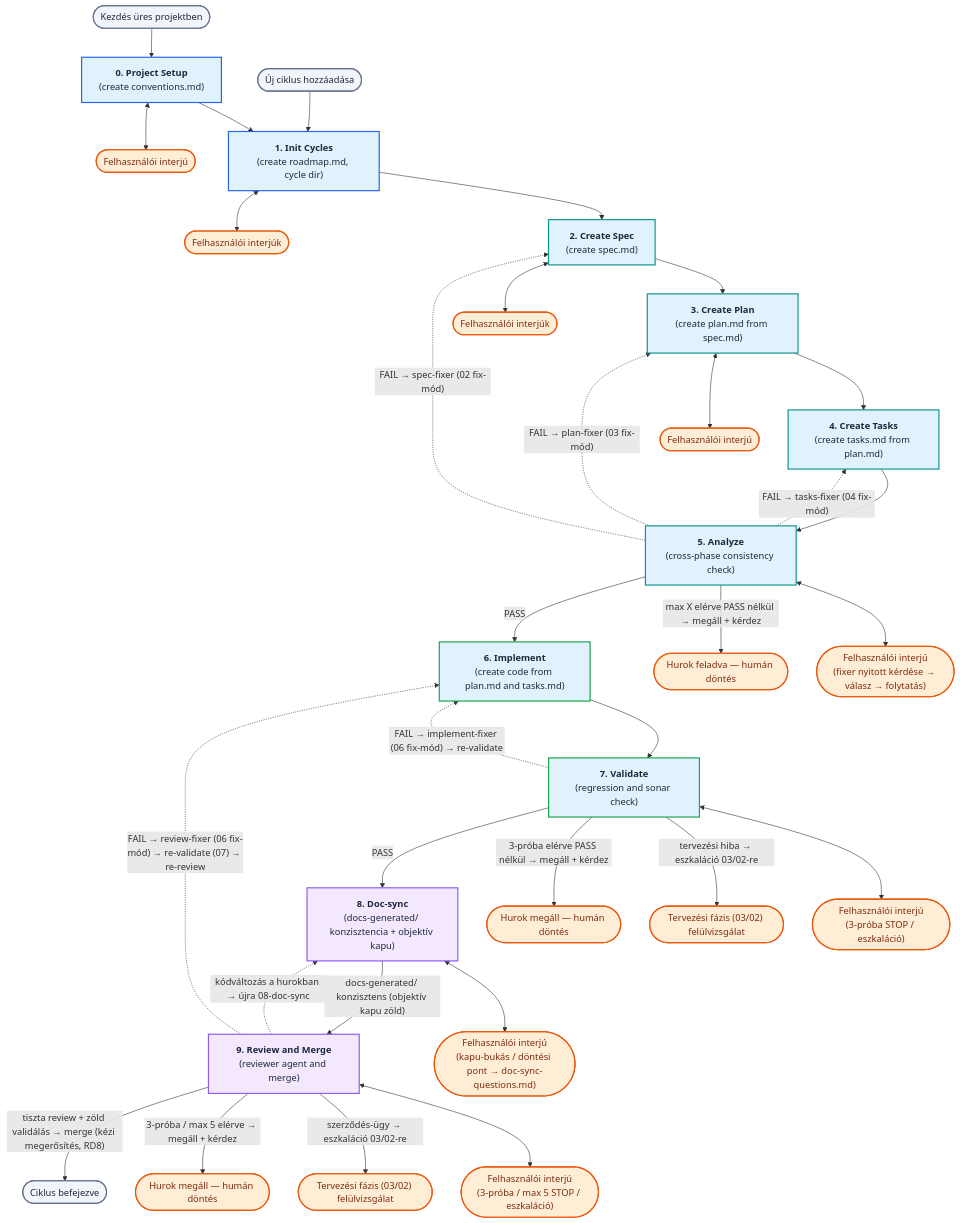
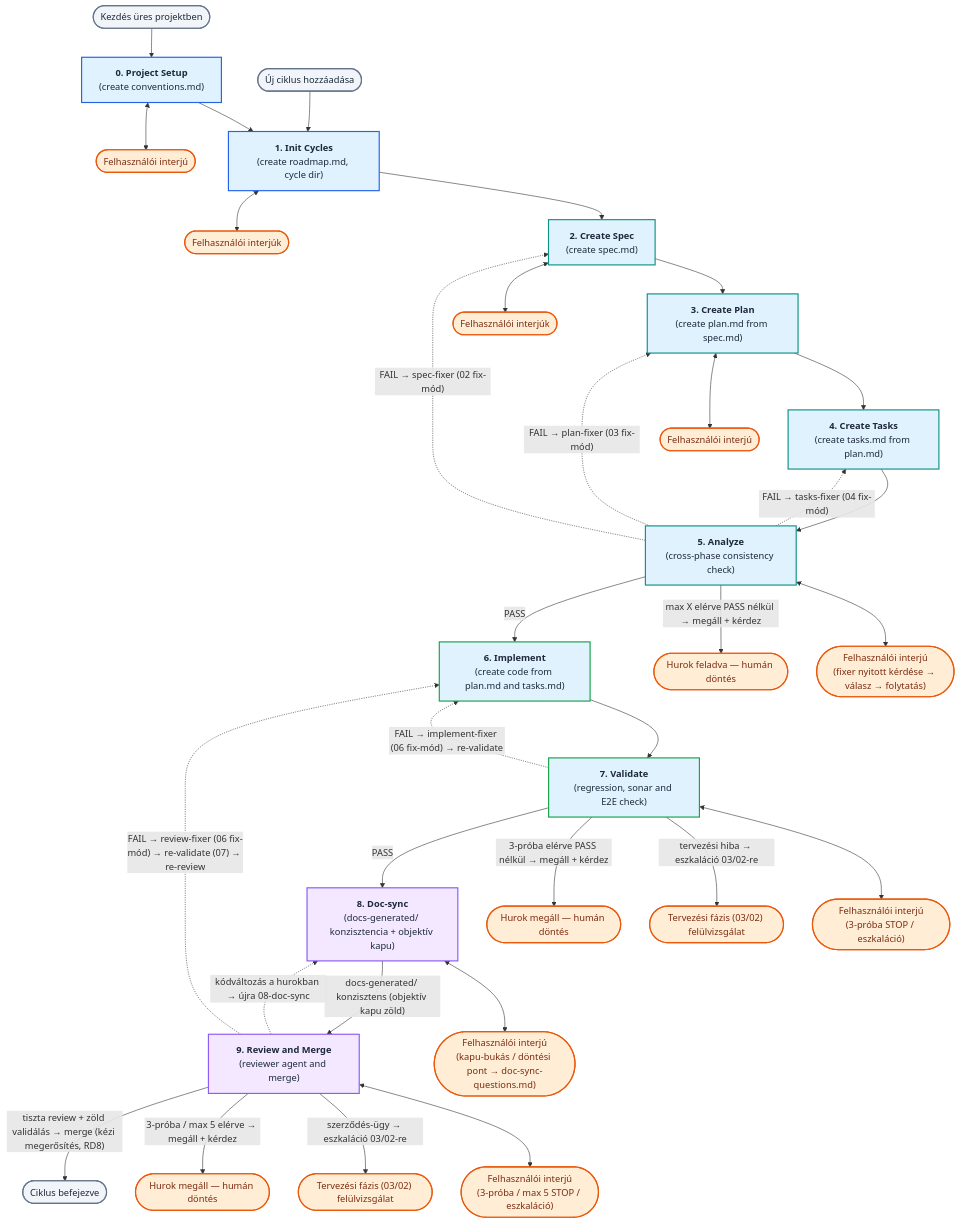
One commit to berkiadam/berkispec changed the first of 6 diagrams in README.md. Above: the diagram before and after it, drawn with Mermaid. The commit also changed other lines of this file and 5 other files, not shown here.

```diff
--- a/README.md
+++ b/README.md
@@ -249,7 +257,7 @@
     4["<b>4. Create Tasks</b><br/>(create tasks.md from plan.md)"]:::design
     5["<b>5. Analyze</b><br/>(cross-phase consistency check)"]:::design
     6["<b>6. Implement</b><br/>(create code from plan.md and tasks.md)"]:::dev
-    7["<b>7. Validate</b><br/>(regression and sonar check)"]:::dev
+    7["<b>7. Validate</b><br/>(regression, sonar and E2E check)"]:::dev
     8["<b>8. Doc-sync</b><br/>(docs-generated/ konzisztencia + objektív kapu)"]:::doc
     9["<b>9. Review and Merge</b><br/>(reviewer agent and merge)"]:::review
     End([Ciklus befejezve]):::start
```
